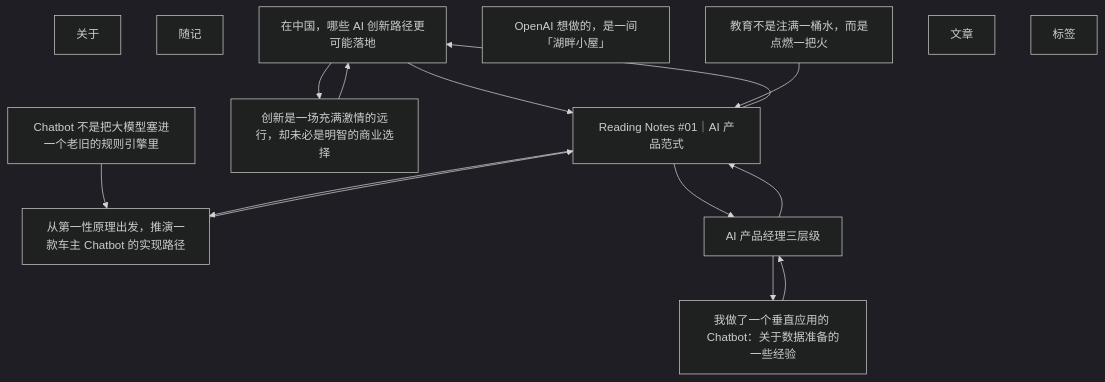
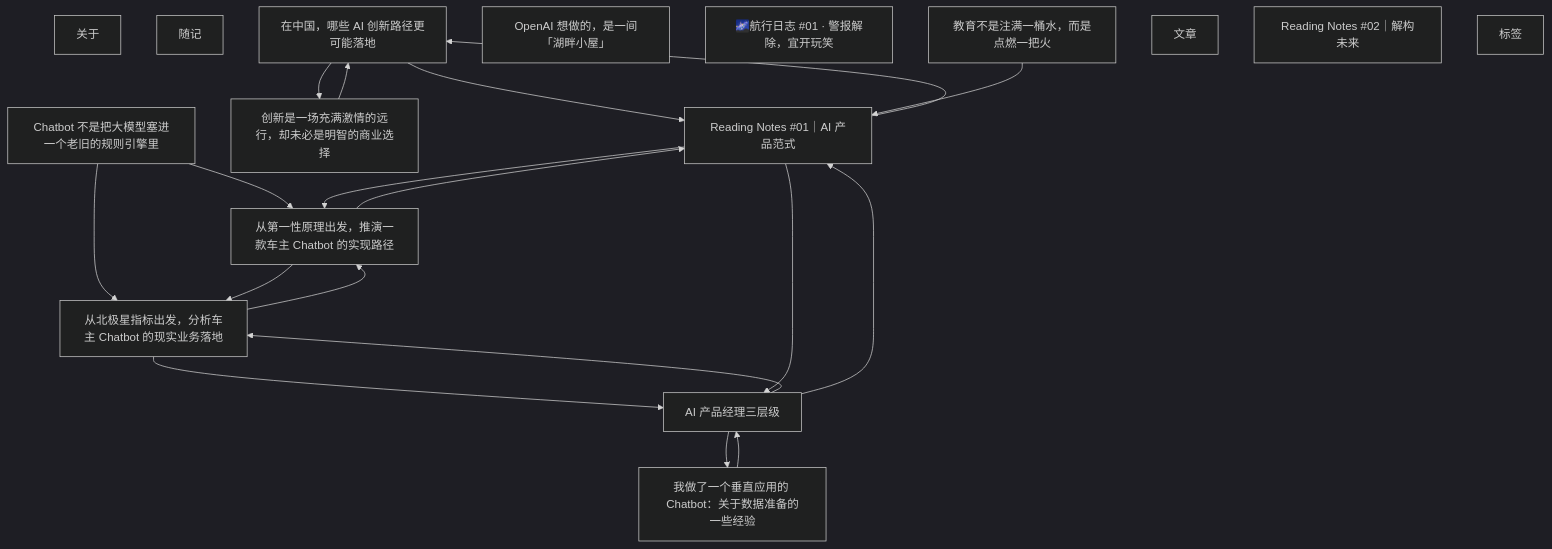
Before and after one commit to Zhao-Huazhou/Zhao-Huazhou.github.io: the diagram in tools/site-graph/out/graph.mmd, drawn with Mermaid (dark theme). The commit also changed 3 other files, not shown here.

```diff
--- a/tools/site-graph/out/graph.mmd
+++ b/tools/site-graph/out/graph.mmd
@@ -1,27 +1,35 @@
 graph TD
   N78e943079d["关于"]
   Na0a31ebd9a["随记"]
   Ne000fcda21["在中国，哪些 AI 创新路径更可能落地"]
-  Nf315e5e460[" OpenAI 想做的，是一间「湖畔小屋」"]
+  Nf315e5e460["OpenAI 想做的，是一间「湖畔小屋」"]
   N509e8a98c6["Chatbot 不是把大模型塞进一个老旧的规则引擎里"]
+  Nabfe592828["🌌航行日志 #01 · 警报解除，宜开玩笑"]
   N4e55722e29["教育不是注满一桶水，而是点燃一把火"]
   Ne0077ae6c8["从第一性原理出发，推演一款车主 Chatbot 的实现路径"]
   N81228a8674["文章"]
   Nd9b0762f80["AI 产品经理三层级"]
   Nce81f5d37d["我做了一个垂直应用的 Chatbot：关于数据准备的一些经验"]
+  N2c00bafbac["从北极星指标出发，分析车主 Chatbot 的现实业务落地"]
   N6f056b8004["创新是一场充满激情的远行，却未必是明智的商业选择"]
   N10154a9e49["Reading Notes #01｜AI 产品范式"]
+  Ncfbd1505fb["Reading Notes #02｜解构未来"]
   N0ecf656713["标签"]
 
   Ne000fcda21 --> N6f056b8004
   Ne000fcda21 --> N10154a9e49
   N509e8a98c6 --> Ne0077ae6c8
+  N509e8a98c6 --> N2c00bafbac
   N4e55722e29 --> N10154a9e49
+  Ne0077ae6c8 --> N2c00bafbac
   Ne0077ae6c8 --> N10154a9e49
   Nd9b0762f80 --> Nce81f5d37d
+  Nd9b0762f80 --> N2c00bafbac
   Nd9b0762f80 --> N10154a9e49
   Nce81f5d37d --> Nd9b0762f80
+  N2c00bafbac --> Ne0077ae6c8
+  N2c00bafbac --> Nd9b0762f80
   N6f056b8004 --> Ne000fcda21
   N10154a9e49 --> Ne000fcda21
   N10154a9e49 --> Ne0077ae6c8
   N10154a9e49 --> Nd9b0762f80
```
